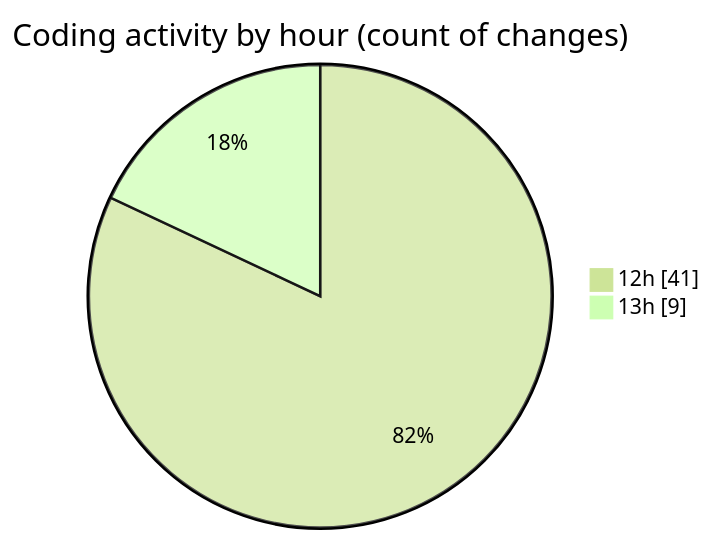
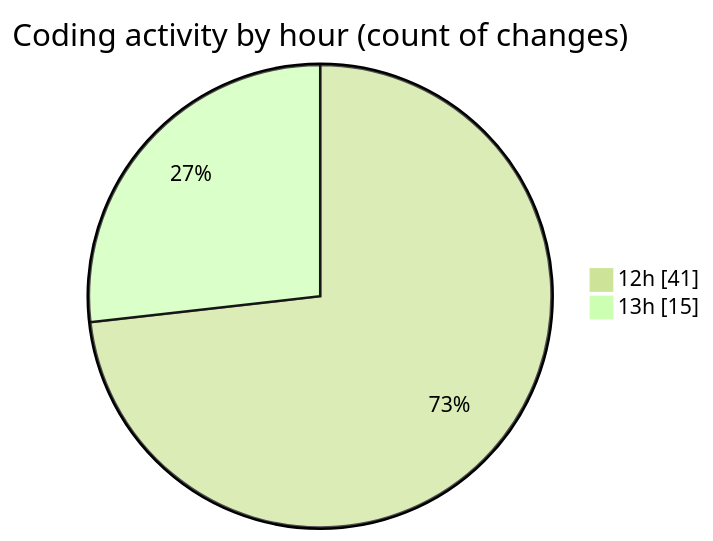
One commit to momahboobian/code-tracking changed the second of 2 diagrams in 2025-12-02/cda/README.md. Above: the diagram before and after it, drawn with Mermaid (forest theme). The commit also changed other lines of this file and 1 other file, not shown here.

````diff
--- a/2025-12-02/cda/README.md
+++ b/2025-12-02/cda/README.md
@@ -32,6 +32,6 @@
 ```mermaid
 pie showData
 title Coding activity by hour (count of changes)
 "12h" : 41
-"13h" : 9
+"13h" : 15
 ```
````
